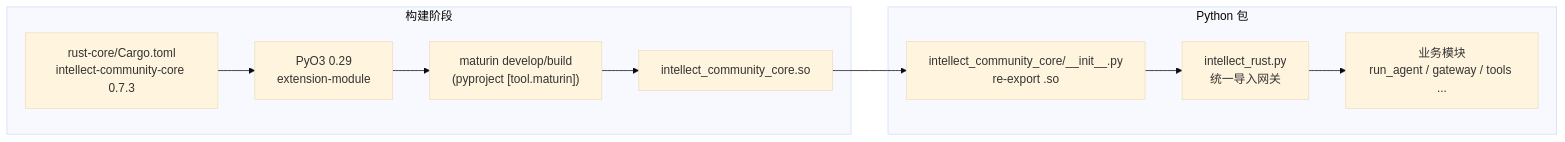
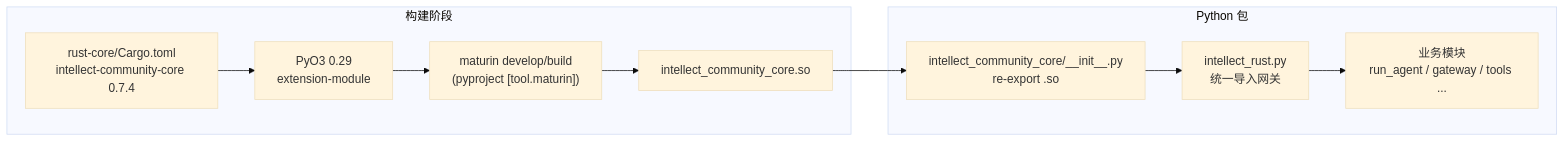
The first of 3 diagrams in docs/architecture/rust-python-interaction.md (ontoweb-cn/intellect-agent), drawn with Mermaid (base theme) before and after one commit. The commit also changed other lines of this file and 18 other files, not shown here.

````diff
--- a/docs/architecture/rust-python-interaction.md
+++ b/docs/architecture/rust-python-interaction.md
@@ -65,18 +65,18 @@
 ```mermaid
 flowchart LR
     subgraph Build["构建阶段"]
-        Cargo["rust-core/Cargo.toml\nintellect-community-core 0.7.3"]
+        Cargo["rust-core/Cargo.toml\nintellect-community-core 0.7.4"]
         PyO3["PyO3 0.29\nextension-module"]
         Maturin["maturin develop/build\n(pyproject [tool.maturin])"]
         SO["intellect_community_core.so"]
     end
 
     subgraph PythonPkg["Python 包"]
         Init["intellect_community_core/__init__.py\nre-export .so"]
         Gate["intellect_rust.py\n统一导入网关"]
         App["业务模块\nrun_agent / gateway / tools ..."]
     end
 
     Cargo --> PyO3 --> Maturin --> SO
     SO --> Init --> Gate --> App
 ```
````
